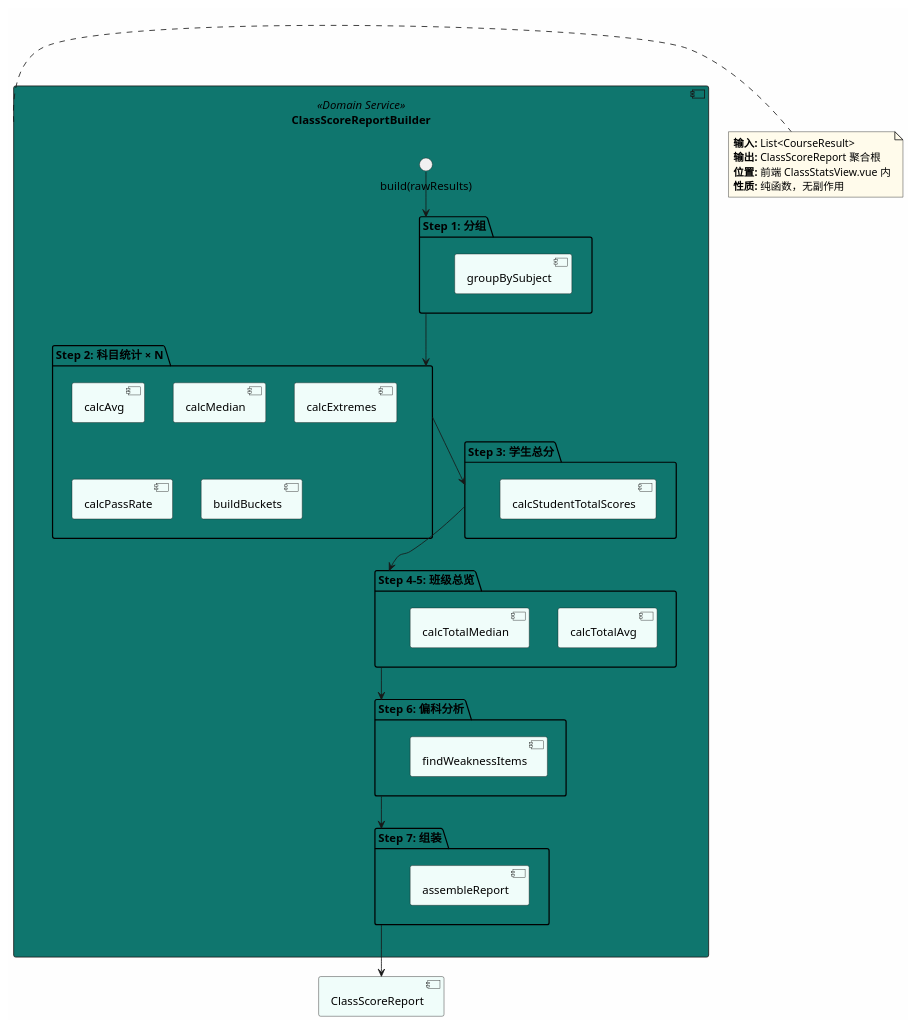
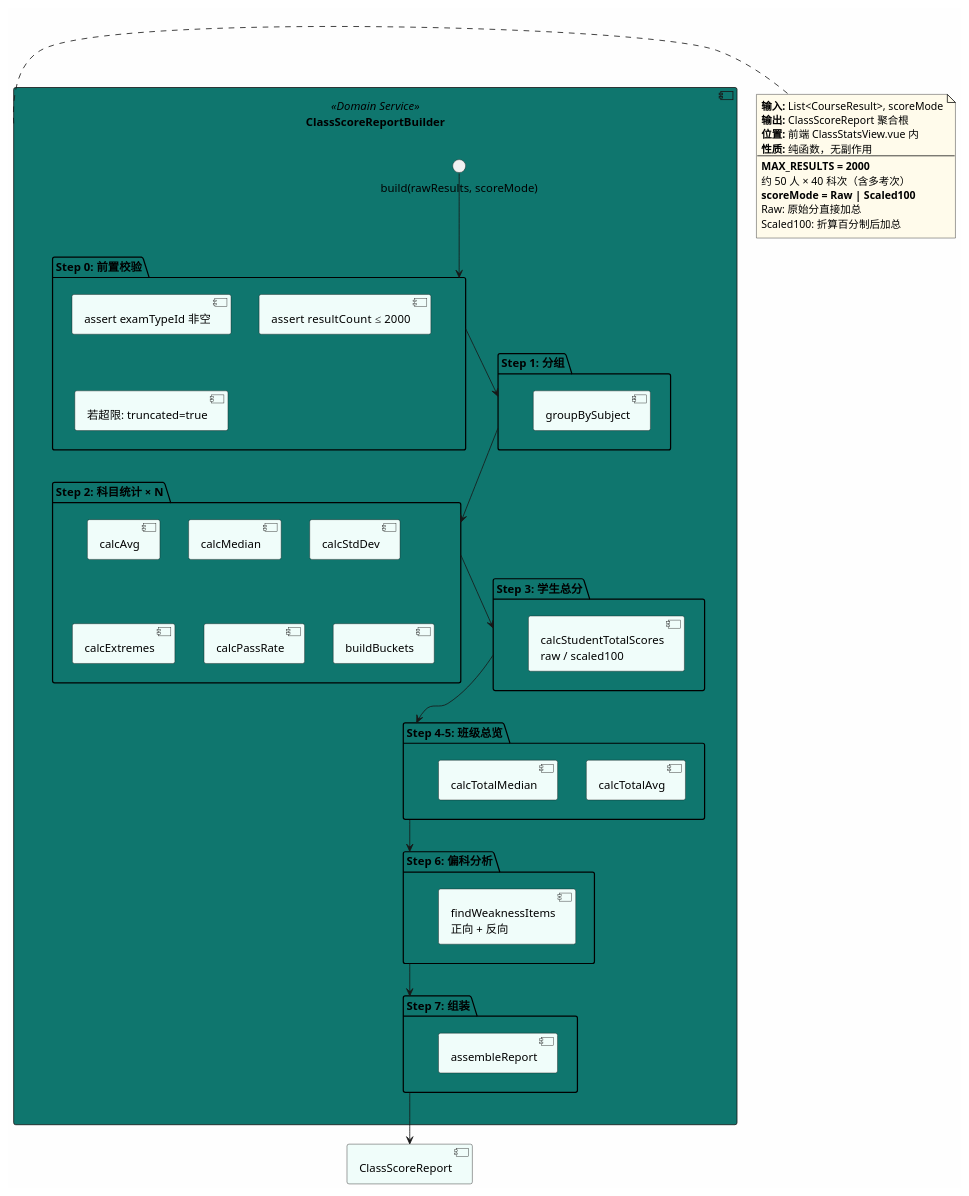
One commit to fan807017570/xinshi-admin-backend changed the fifth of 10 diagrams in doc/class-stats-design.md. Above: the diagram before and after it, drawn with PlantUML. The commit also changed other lines of this file and 62 other files, not shown here.

````diff
--- a/doc/class-stats-design.md
+++ b/doc/class-stats-design.md
@@ -335,57 +368,71 @@
 ```plantuml
 @startuml 领域服务
 skinparam backgroundColor #FEFEFE
 skinparam componentBackgroundColor #F0FDFA
 skinparam noteBackgroundColor #FFFBEB
 
 component "ClassScoreReportBuilder" as Builder <<Domain Service>> #0F766E {
   
-  () "build(rawResults)" as Entry
+  () "build(rawResults, scoreMode)" as Entry
+
+  folder "Step 0: 前置校验" as S0 {
+    [assert examTypeId 非空]
+    [assert resultCount ≤ 2000]
+    [若超限: truncated=true]
+  }
 
   folder "Step 1: 分组" as S1 {
     [groupBySubject]
   }
 
   folder "Step 2: 科目统计 × N" as S2 {
     [calcAvg]
     [calcMedian]
+    [calcStdDev]
     [calcExtremes]
     [calcPassRate]
     [buildBuckets]
   }
 
   folder "Step 3: 学生总分" as S3 {
-    [calcStudentTotalScores]
+    [calcStudentTotalScores\nraw / scaled100]
   }
 
   folder "Step 4-5: 班级总览" as S4 {
     [calcTotalAvg]
     [calcTotalMedian]
   }
 
   folder "Step 6: 偏科分析" as S6 {
-    [findWeaknessItems]
+    [findWeaknessItems\n正向 + 反向]
   }
 
   folder "Step 7: 组装" as S7 {
     [assembleReport]
   }
 }
 
-Entry --> S1
+Entry --> S0
+S0 --> S1
 S1 --> S2
 S2 --> S3
 S3 --> S4
 S4 --> S6
 S6 --> S7
 S7 --> [ClassScoreReport]
 
 note right of Builder
-  <b>输入:</b> List<CourseResult>
+  <b>输入:</b> List<CourseResult>, scoreMode
   <b>输出:</b> ClassScoreReport 聚合根
   <b>位置:</b> 前端 ClassStatsView.vue 内
   <b>性质:</b> 纯函数，无副作用
+  --
+  <b>MAX_RESULTS = 2000</b>
+  约 50 人 × 40 科次（含多考次）
+  <b>scoreMode = Raw | Scaled100</b>
+  Raw: 原始分直接加总
+  Scaled100: 折算百分制后加总
 end note
 
 @enduml
 ```
````
